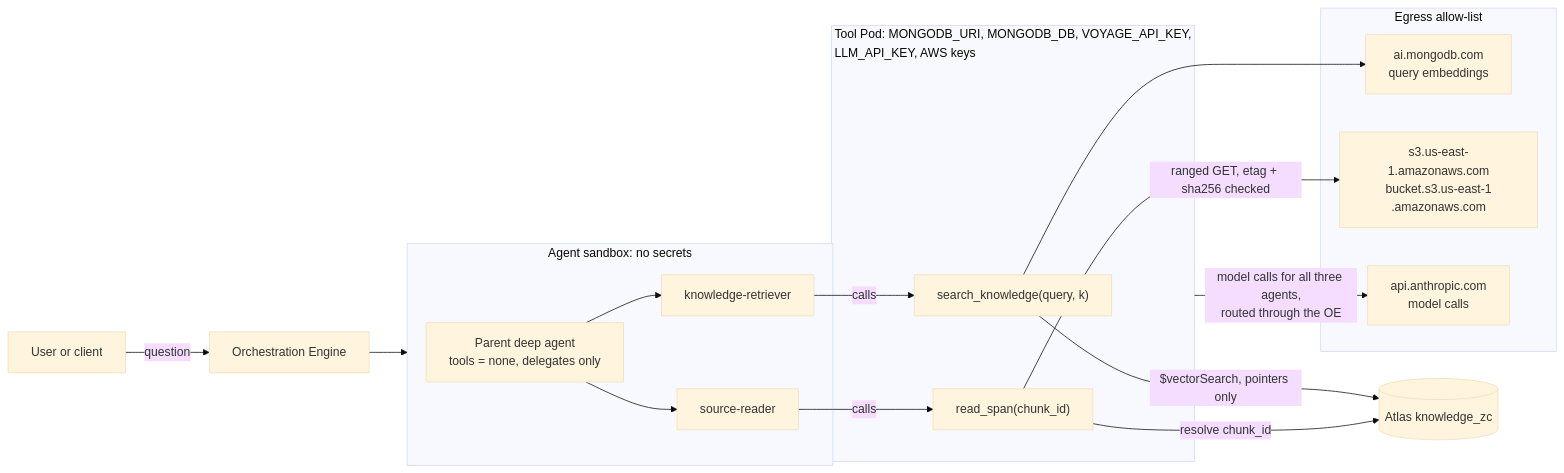
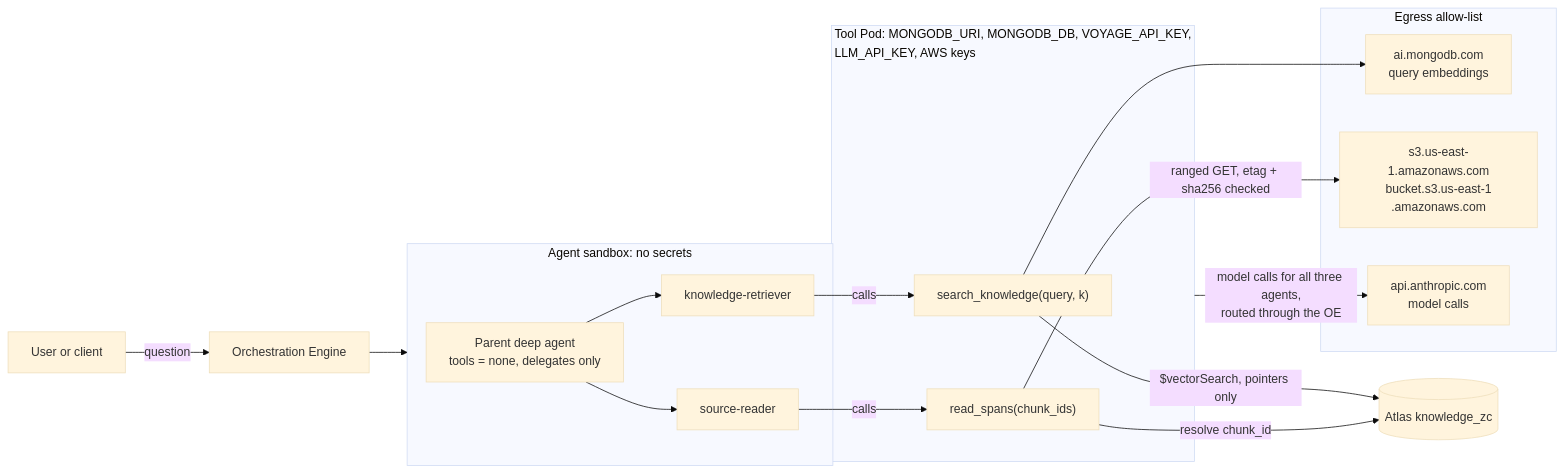
The third of 3 diagrams in docs/LLD.md (mohammaddaoudfarooqi/zero-copy-rag), drawn with Mermaid (base theme) before and after one commit. The commit also changed other lines of this file and 7 other files, not shown here.

````diff
--- a/docs/LLD.md
+++ b/docs/LLD.md
@@ -550,33 +550,33 @@
 ```mermaid
 flowchart LR
     USER[User or client] -->|question| OE[Orchestration Engine]
     OE --> AGT
 
     subgraph AGT[Agent sandbox: no secrets]
         PARENT[Parent deep agent<br/>tools = none, delegates only]
         RET[knowledge-retriever]
         RDR[source-reader]
         PARENT --> RET
         PARENT --> RDR
     end
 
     subgraph POD[Tool Pod: MONGODB_URI, MONGODB_DB, VOYAGE_API_KEY,<br/>LLM_API_KEY, AWS keys]
         SK["search_knowledge(query, k)"]
-        RS["read_span(chunk_id)"]
+        RS["read_spans(chunk_ids)"]
     end
 
     RET -->|calls| SK
     RDR -->|calls| RS
 
     subgraph EGRESS[Egress allow-list]
         VOY[ai.mongodb.com<br/>query embeddings]
         S3[s3.us-east-1.amazonaws.com<br/>bucket.s3.us-east-1<br/>.amazonaws.com]
         LLMHOST[api.anthropic.com<br/>model calls]
     end
 
     SK --> VOY
     SK -->|$vectorSearch, pointers only| ATLAS[(Atlas knowledge_zc)]
     RS -->|resolve chunk_id| ATLAS
     RS -->|ranged GET, etag + sha256 checked| S3
     POD -->|model calls for all three agents,<br/>routed through the OE| LLMHOST
 ```
````
